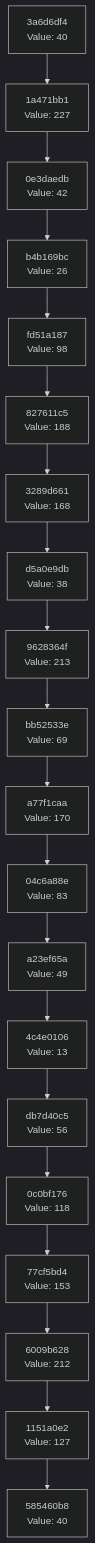
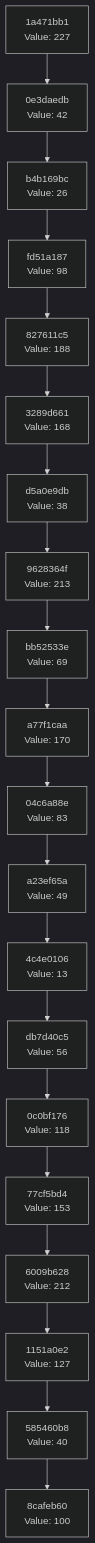
Before and after one commit to Abhisheksinha1506/hash-chain-evolver: the diagram in docs/CHAIN_VISUALIZATION.md, drawn with Mermaid (dark theme). The commit also changed 2 other files, not shown here.

Commit message:
Evolution Step

````diff
--- a/docs/CHAIN_VISUALIZATION.md
+++ b/docs/CHAIN_VISUALIZATION.md
@@ -3,42 +3,42 @@
 ```mermaid
 graph TD
-    C0["585460b8<br/>Value: 40"]
-    C1["1151a0e2<br/>Value: 127"]
+    C0["8cafeb60<br/>Value: 100"]
+    C1["585460b8<br/>Value: 40"]
     C1 --> C0
-    C2["6009b628<br/>Value: 212"]
+    C2["1151a0e2<br/>Value: 127"]
     C2 --> C1
-    C3["77cf5bd4<br/>Value: 153"]
+    C3["6009b628<br/>Value: 212"]
     C3 --> C2
-    C4["0c0bf176<br/>Value: 118"]
+    C4["77cf5bd4<br/>Value: 153"]
     C4 --> C3
-    C5["db7d40c5<br/>Value: 56"]
+    C5["0c0bf176<br/>Value: 118"]
     C5 --> C4
-    C6["4c4e0106<br/>Value: 13"]
+    C6["db7d40c5<br/>Value: 56"]
     C6 --> C5
-    C7["a23ef65a<br/>Value: 49"]
+    C7["4c4e0106<br/>Value: 13"]
     C7 --> C6
-    C8["04c6a88e<br/>Value: 83"]
+    C8["a23ef65a<br/>Value: 49"]
     C8 --> C7
-    C9["a77f1caa<br/>Value: 170"]
+    C9["04c6a88e<br/>Value: 83"]
     C9 --> C8
-    C10["bb52533e<br/>Value: 69"]
+    C10["a77f1caa<br/>Value: 170"]
     C10 --> C9
-    C11["9628364f<br/>Value: 213"]
+    C11["bb52533e<br/>Value: 69"]
     C11 --> C10
-    C12["d5a0e9db<br/>Value: 38"]
+    C12["9628364f<br/>Value: 213"]
     C12 --> C11
-    C13["3289d661<br/>Value: 168"]
+    C13["d5a0e9db<br/>Value: 38"]
     C13 --> C12
-    C14["827611c5<br/>Value: 188"]
+    C14["3289d661<br/>Value: 168"]
     C14 --> C13
-    C15["fd51a187<br/>Value: 98"]
+    C15["827611c5<br/>Value: 188"]
     C15 --> C14
-    C16["b4b169bc<br/>Value: 26"]
+    C16["fd51a187<br/>Value: 98"]
     C16 --> C15
-    C17["0e3daedb<br/>Value: 42"]
+    C17["b4b169bc<br/>Value: 26"]
     C17 --> C16
-    C18["1a471bb1<br/>Value: 227"]
+    C18["0e3daedb<br/>Value: 42"]
     C18 --> C17
-    C19["3a6d6df4<br/>Value: 40"]
+    C19["1a471bb1<br/>Value: 227"]
     C19 --> C18
 ```
````
